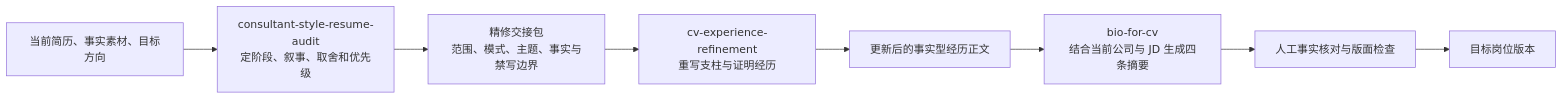
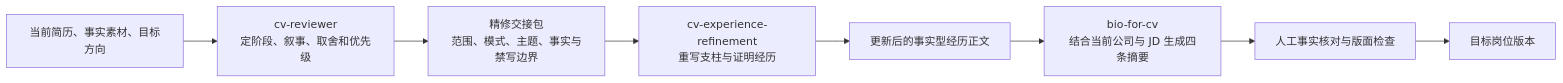
One commit to StariverKang/Jobhunting-skill-pack changed the diagram in README.md. Above: the diagram before and after it, drawn with Mermaid. The commit also changed other lines of this file and 13 other files, not shown here.

````diff
--- a/README.md
+++ b/README.md
@@ -122,10 +122,10 @@
 ```mermaid
 flowchart LR
-    A["当前简历、事实素材、目标方向"] --> B["consultant-style-resume-audit\n定阶段、叙事、取舍和优先级"]
+    A["当前简历、事实素材、目标方向"] --> B["cv-reviewer\n定阶段、叙事、取舍和优先级"]
     B --> C["精修交接包\n范围、模式、主题、事实与禁写边界"]
     C --> D["cv-experience-refinement\n重写支柱与证明经历"]
     D --> E["更新后的事实型经历正文"]
     E --> F["bio-for-cv\n结合当前公司与 JD 生成四条摘要"]
     F --> G["人工事实核对与版面检查"]
     G --> H["目标岗位版本"]
 ```
````
